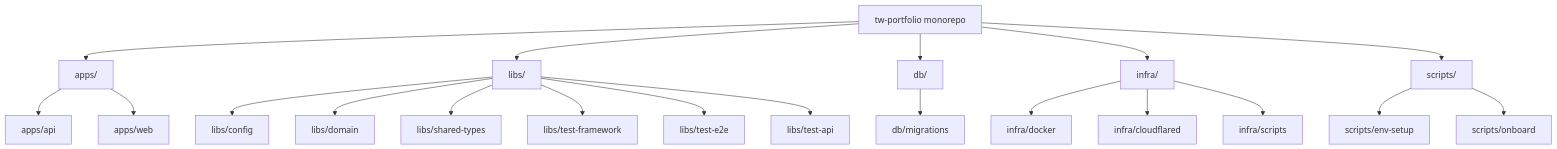
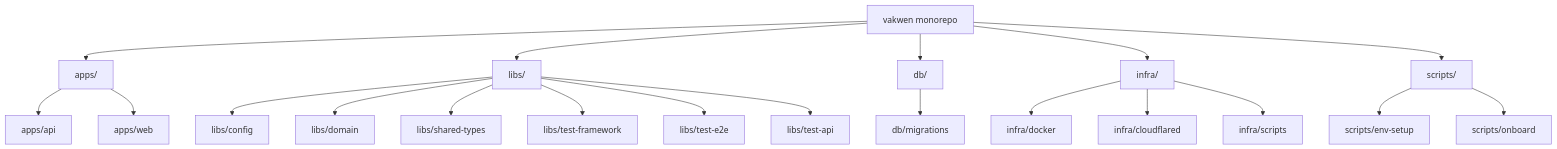
Before and after one commit to kzokv/tw-portfolio: the first of 8 diagrams in docs/001-architecture/architecture.md, drawn with Mermaid. The commit also changed other lines of this file and 664 other files, not shown here.

First line of the commit message:
refactor(repo): KZO-92: rebrand TW Portfolio to Vakwen

````diff
--- a/docs/001-architecture/architecture.md
+++ b/docs/001-architecture/architecture.md
@@ -9,28 +9,28 @@
 ```mermaid
 graph TD
-  ROOT[tw-portfolio monorepo]
+  ROOT[vakwen monorepo]
   ROOT --> APPS[apps/]
   ROOT --> LIBS[libs/]
   ROOT --> DB[db/]
   ROOT --> INFRA[infra/]
   ROOT --> SCRIPTS[scripts/]
 
   APPS --> API[apps/api]
   APPS --> WEB[apps/web]
 
   LIBS --> CONFIG[libs/config]
   LIBS --> DOMAIN[libs/domain]
   LIBS --> SHARED[libs/shared-types]
   LIBS --> TF[libs/test-framework]
   LIBS --> TE[libs/test-e2e]
   LIBS --> TA[libs/test-api]
 
   DB --> MIGRATIONS[db/migrations]
 
   INFRA --> DOCKER[infra/docker]
   INFRA --> CLOUDFLARED[infra/cloudflared]
   INFRA --> DEPLOY_SCRIPTS[infra/scripts]
 
   SCRIPTS --> ENV_SETUP[scripts/env-setup]
   SCRIPTS --> ONBOARD[scripts/onboard]
 ```
````
